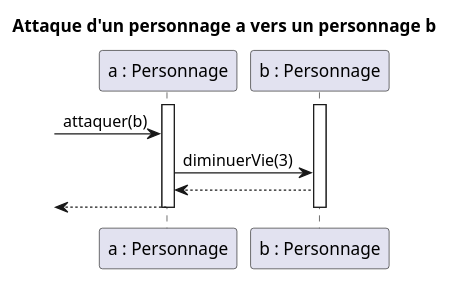
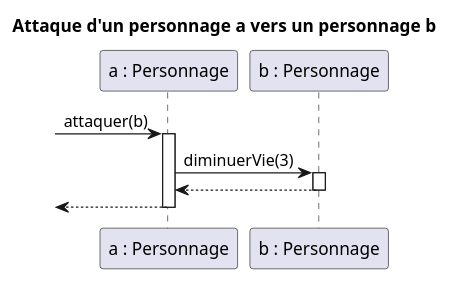
One commit to arnoux23u-IUTNC/2021_COO_Zeldiablo changed the diagram in documents/version_2/diagrammes/sequences/attaquer.puml. Above: the diagram before and after it, drawn with PlantUML. The commit also changed 2 other files, not shown here.

Commit message:
Diagram Sequence V2

```diff
--- a/documents/version_2/diagrammes/sequences/attaquer.puml
+++ b/documents/version_2/diagrammes/sequences/attaquer.puml
@@ -1,18 +1,17 @@
 @startuml
 
 title "Attaque d'un personnage a vers un personnage b"
 
 participant "a : Personnage" as a
 participant "b : Personnage" as b
 
-
+-> a : attaquer(b)
 activate a
+a -> b : diminuerVie(3)
 activate b
--> a : attaquer(b)
-a -> b : diminuerVie(3)
 a <-- b
+deactivate b
 <-- a
 deactivate a
-deactivate b
 
 @enduml
```
